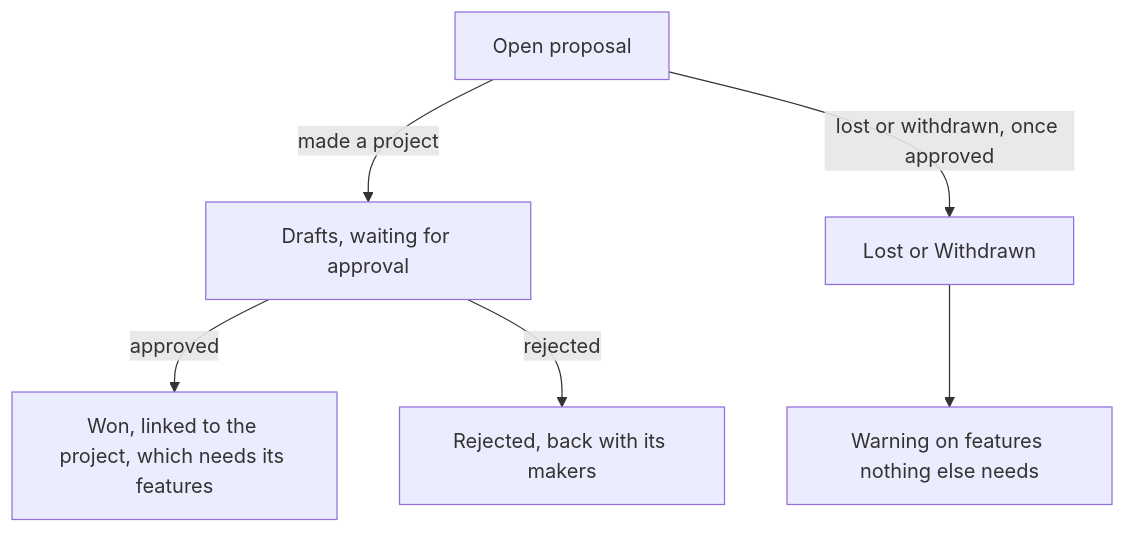
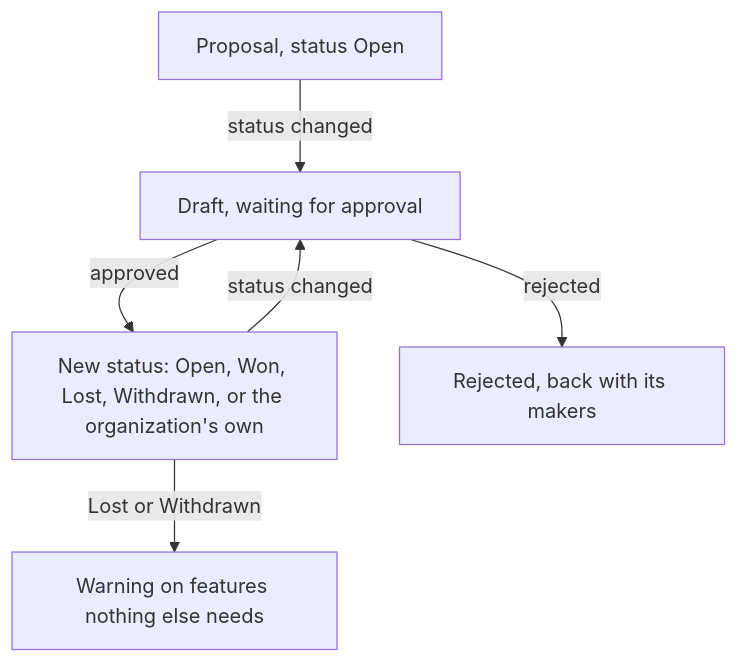
One commit to ribbitworks/fathom changed the first of 2 diagrams in docs/product/use-cases.md. Above: the diagram before and after it, drawn with Mermaid. The commit also changed other lines of this file and 43 other files, not shown here.

````diff
--- a/docs/product/use-cases.md
+++ b/docs/product/use-cases.md
@@ -35,8 +24,8 @@
 ```mermaid
 flowchart TD
-    open[Open proposal] -->|made a project| draft[Drafts, waiting for approval]
-    draft -->|approved| won[Won, linked to the project, which needs its features]
+    open[Proposal, status Open] -->|status changed| draft[Draft, waiting for approval]
+    draft -->|approved| status[New status: Open, Won, Lost, Withdrawn, or the organization's own]
     draft -->|rejected| rejected[Rejected, back with its makers]
-    open -->|lost or withdrawn, once approved| ended[Lost or Withdrawn]
-    ended --> warn[Warning on features nothing else needs]
+    status -->|status changed| draft
+    status -->|Lost or Withdrawn| warn[Warning on features nothing else needs]
 ```
````
